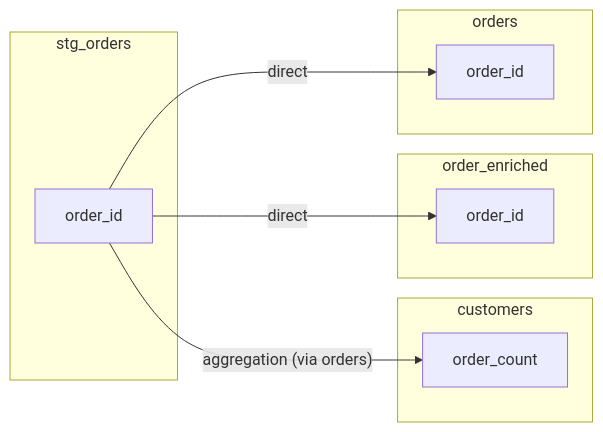
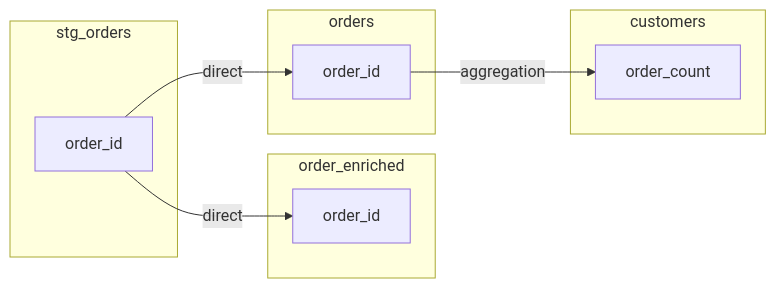
The fifth of 5 diagrams in README.md (eitsupi/dlin), drawn with Mermaid before and after one commit. The commit also changed other lines of this file and 12 other files, not shown here.

````diff
--- a/README.md
+++ b/README.md
@@ -312,19 +336,19 @@
 ```mermaid
 flowchart LR
   subgraph sg0["customers"]
     n0_0["order_count"]
   end
   subgraph sg1["order_enriched"]
     n1_0["order_id"]
   end
   subgraph sg2["orders"]
     n2_0["order_id"]
   end
   subgraph sg3["stg_orders"]
     n3_0["order_id"]
   end
 
-  n3_0 -->|"aggregation (via orders)"|n0_0
+  n2_0 -->|"aggregation"|n0_0
   n3_0 -->|"direct"|n1_0
   n3_0 -->|"direct"|n2_0
 ```
````
